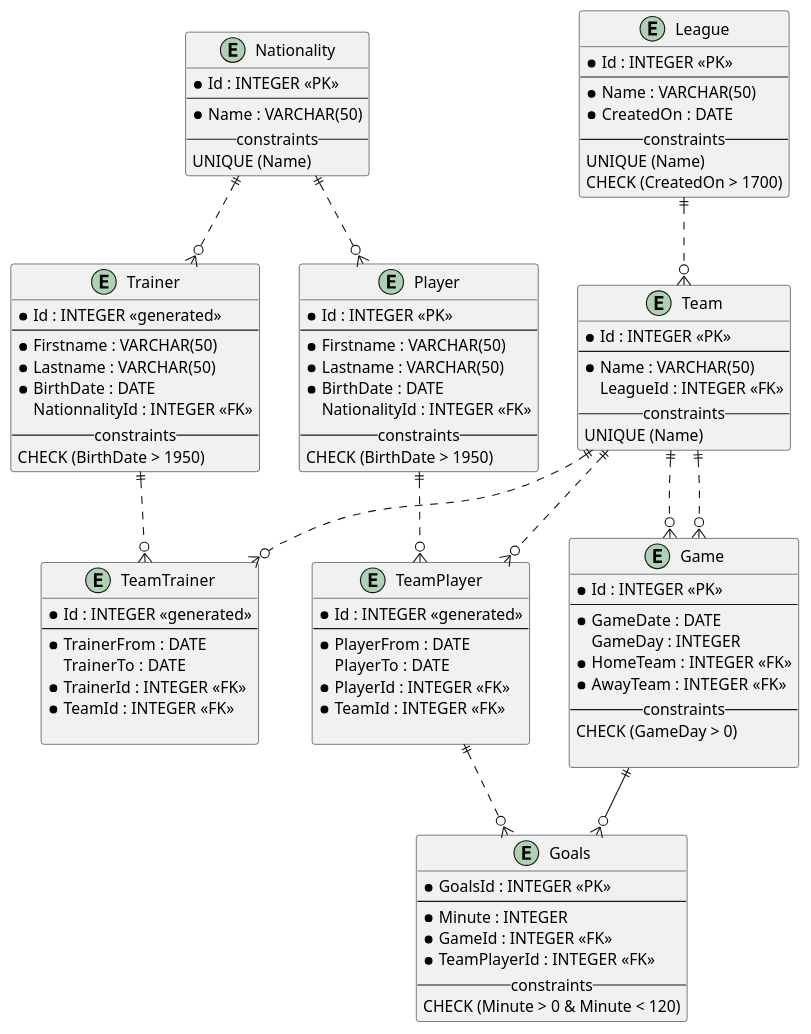
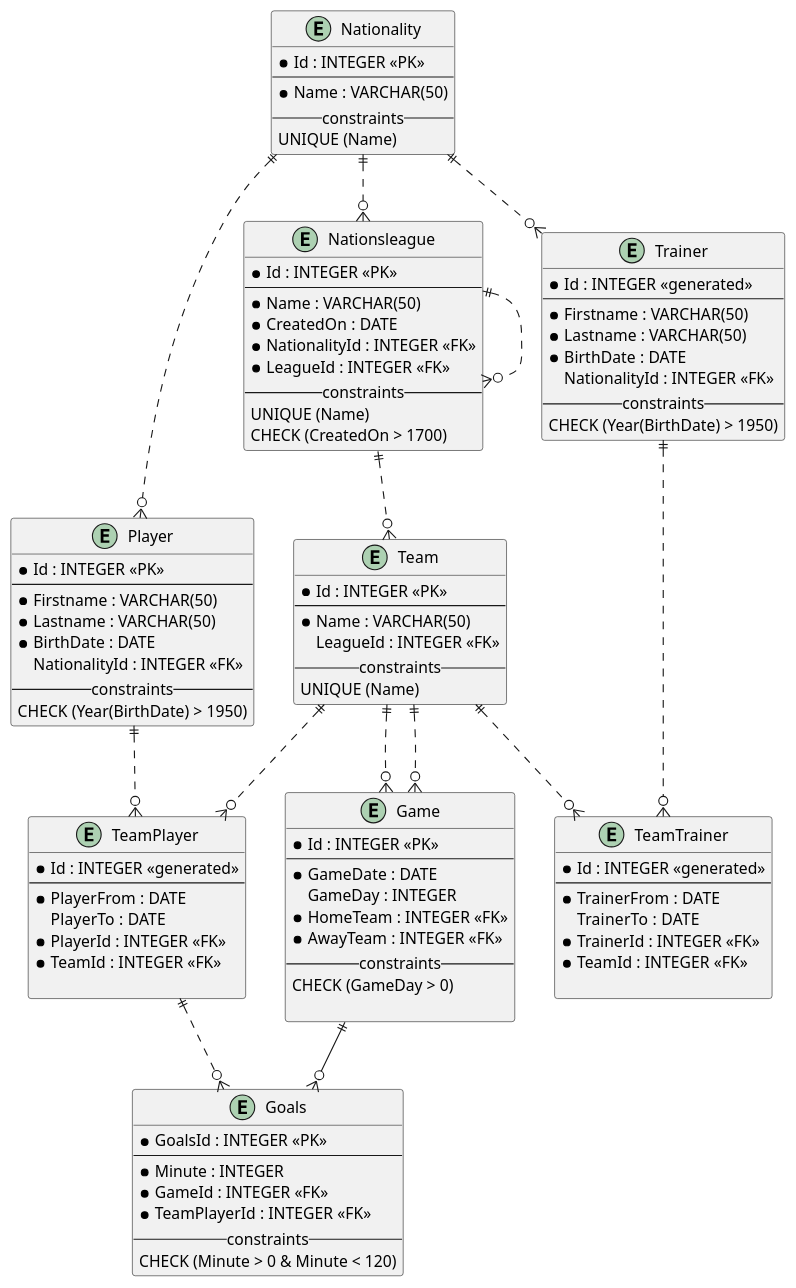
The diagram in er_physical.puml (BojanTRB/nationsLeague), drawn with PlantUML before and after one commit. The commit also changed 2 other files, not shown here.

```diff
--- a/er_physical.puml
+++ b/er_physical.puml
@@ -1,107 +1,112 @@
 @startuml soccerleague
 
-entity League{
+entity Nationsleague{
     * Id : INTEGER <<PK>>
     ---
     * Name : VARCHAR(50)
     * CreatedOn : DATE
+    * NationalityId : INTEGER <<FK>>
+    * LeagueId : INTEGER <<FK>>
     -- constraints --
     UNIQUE (Name)
     CHECK (CreatedOn > 1700)
 }
 
 entity Team{
     * Id : INTEGER <<PK>>
     ---
     * Name : VARCHAR(50)
     LeagueId : INTEGER <<FK>>    
     -- constraints --
     UNIQUE (Name)
 }
 
 entity Player{
     * Id : INTEGER <<PK>>
     ---
     * Firstname : VARCHAR(50)
     * Lastname : VARCHAR(50)
     * BirthDate : DATE
     NationalityId : INTEGER <<FK>>
     -- constraints --
-    CHECK (BirthDate > 1950)
+    CHECK (Year(BirthDate) > 1950)
 }
 
 entity TeamTrainer{
     * Id : INTEGER <<generated>>
     ---
     * TrainerFrom : DATE
     TrainerTo : DATE
     * TrainerId : INTEGER <<FK>>
     * TeamId : INTEGER <<FK>>
     
 }
 
 entity Goals{
     * GoalsId : INTEGER <<PK>>
     ---
     * Minute : INTEGER
     * GameId : INTEGER <<FK>>
     * TeamPlayerId : INTEGER <<FK>>
     -- constraints --
     CHECK (Minute > 0 & Minute < 120)
 }
 
 entity TeamPlayer{
     * Id : INTEGER <<generated>>
     ---
     * PlayerFrom : DATE
     PlayerTo : DATE
     * PlayerId : INTEGER <<FK>>
     * TeamId : INTEGER <<FK>>
     
 }
 
 entity Trainer{
     * Id : INTEGER <<generated>>
     ---
     * Firstname : VARCHAR(50)
     * Lastname : VARCHAR(50)
     * BirthDate : DATE
-    NationnalityId : INTEGER <<FK>>
+    NationalityId : INTEGER <<FK>>
     -- constraints --
-    CHECK (BirthDate > 1950)
+    CHECK (Year(BirthDate) > 1950)
 }
 
-entity Game {
+entity Game { 
     * Id : INTEGER <<PK>> 
     ---
     * GameDate : DATE
     GameDay : INTEGER
     * HomeTeam : INTEGER <<FK>> 
     * AwayTeam : INTEGER <<FK>>
     -- constraints --
     CHECK (GameDay > 0)
     
 }
 
 entity Nationality {
     * Id : INTEGER <<PK>>
     ---
     * Name : VARCHAR(50)
     -- constraints --
     UNIQUE (Name)
 }
 
 
-League ||..o{ Team
+Nationsleague ||..o{ Team
 Team ||..o{ TeamTrainer
 Team ||..o{ TeamPlayer
 Team ||..o{ Game
 Team ||..o{ Game
 Player ||..o{ TeamPlayer
 Trainer ||..o{ TeamTrainer
 Game ||--o{ Goals
 TeamPlayer ||..o{ Goals
-Nationality ||..o{ Player
+Nationality ||.o{ Player
 Nationality ||..o{ Trainer
+Nationality ||..o{ Nationsleague
+Nationsleague ||..o{ Nationsleague
+
 
 @enduml
```
